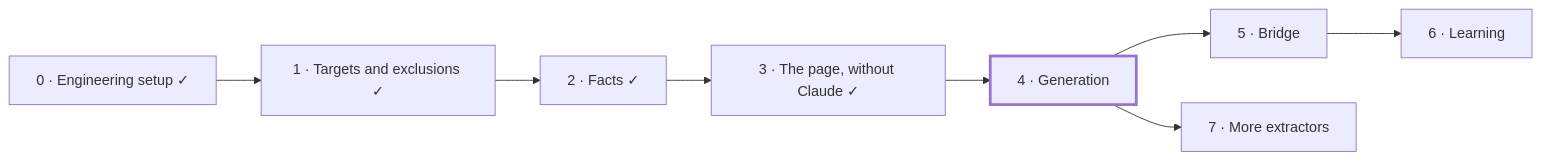
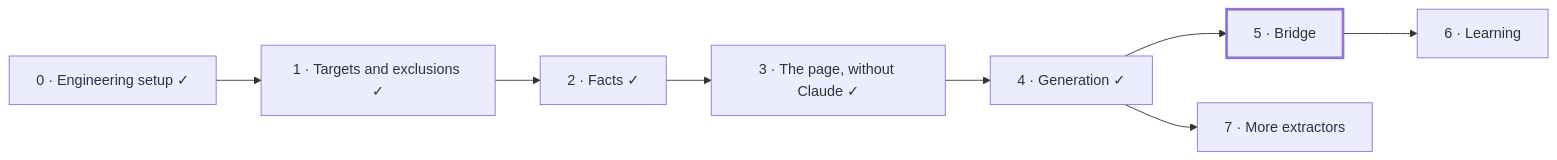
One commit to mohamed-abdelsattar92/codetrail changed the sixth of 6 diagrams in README.md. Above: the diagram before and after it, drawn with Mermaid. The commit also changed other lines of this file and 3 other files, not shown here.

````diff
--- a/README.md
+++ b/README.md
@@ -236,11 +236,11 @@
 ```mermaid
 flowchart LR
     P0["0 · Engineering setup ✓"] --> P1["1 · Targets and exclusions ✓"]
     P1 --> P2["2 · Facts ✓"]
     P2 --> P3["3 · The page, without Claude ✓"]
-    P3 --> P4["4 · Generation"]:::next
-    P4 --> P5["5 · Bridge"]
+    P3 --> P4["4 · Generation ✓"]
+    P4 --> P5["5 · Bridge"]:::next
     P5 --> P6["6 · Learning"]
     P4 --> P7["7 · More extractors"]
     classDef next stroke-width:3px
 ```
````
